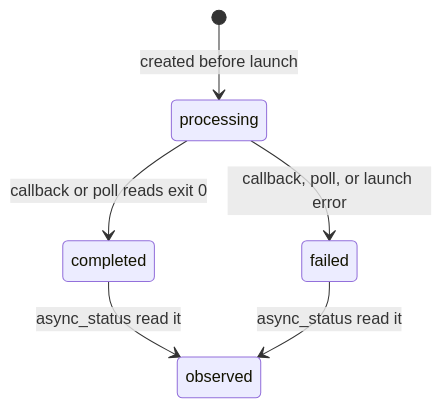
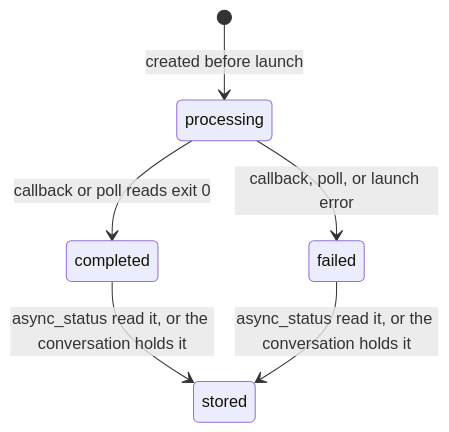
Before and after one commit to beeblastco/broods: diagram 11 of 22 in apps/docs/docs/internals/sandboxes.md, drawn with Mermaid. The commit also changed other lines of this file and 18 other files, not shown here.

````diff
--- a/apps/docs/docs/internals/sandboxes.md
+++ b/apps/docs/docs/internals/sandboxes.md
@@ -317,8 +317,8 @@
 ```mermaid
 stateDiagram-v2
   [*] --> processing: created before launch
   processing --> completed: callback or poll reads exit 0
   processing --> failed: callback, poll, or launch error
-  completed --> observed: async_status read it
-  failed --> observed: async_status read it
+  completed --> stored: async_status read it, or the conversation holds it
+  failed --> stored: async_status read it, or the conversation holds it
 ```
````
